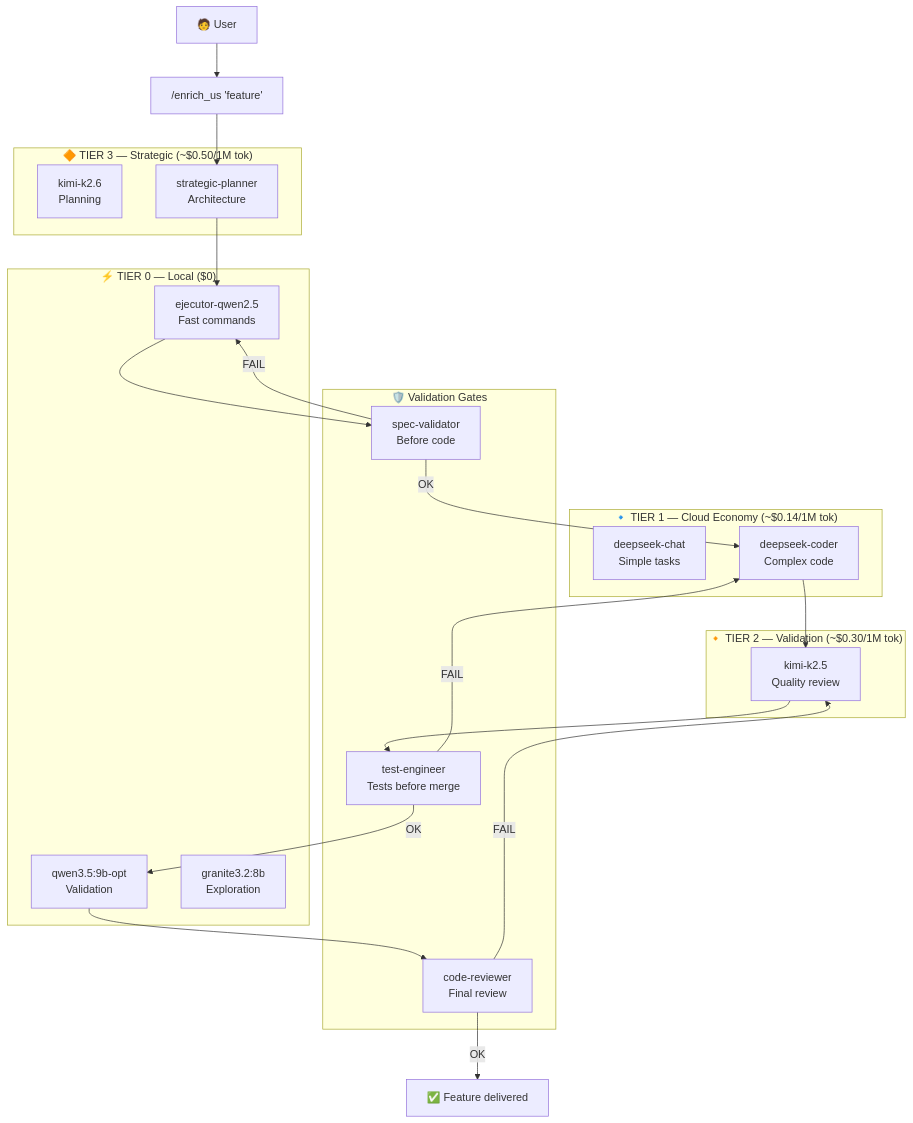
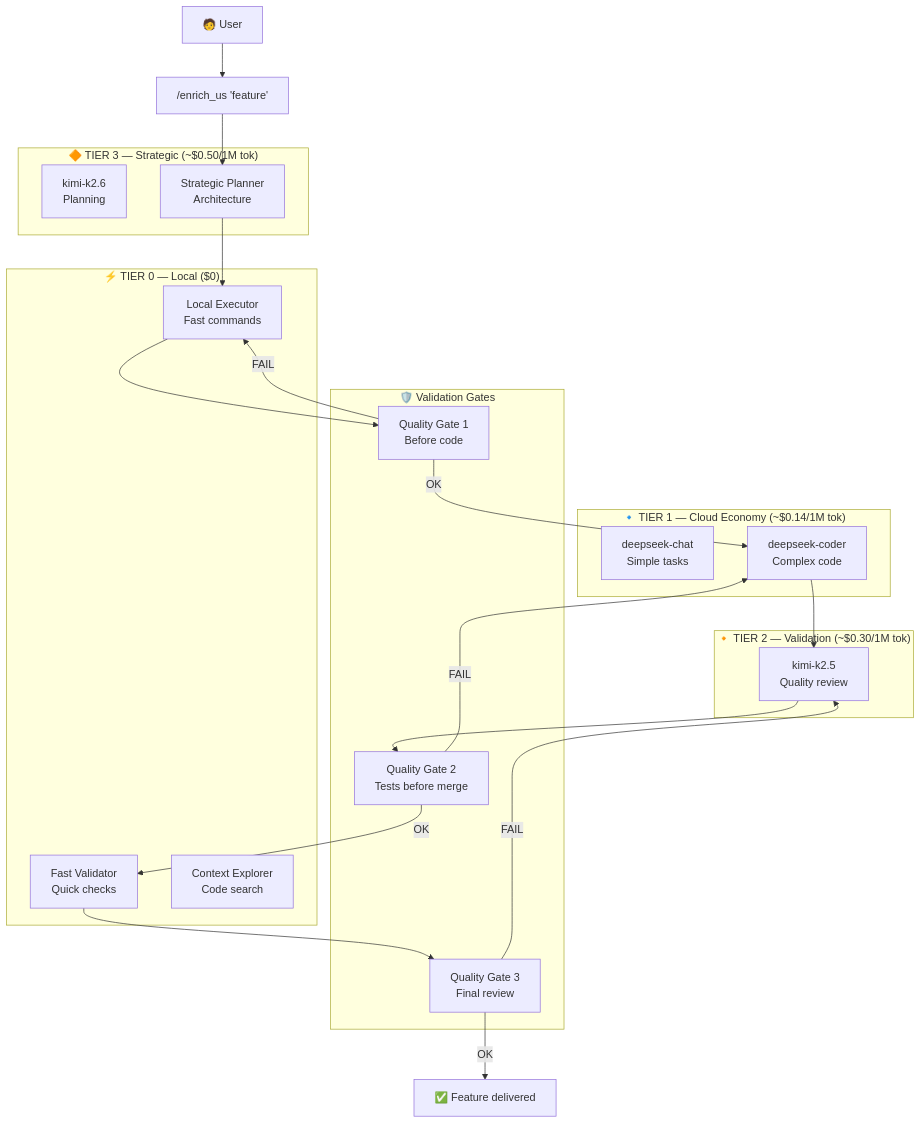
One commit to Aquilesnake/COALA-SwarmOps changed the third of 6 diagrams in README.md. Above: the diagram before and after it, drawn with Mermaid. The commit also changed other lines of this file and 6 other files, not shown here.

````diff
--- a/README.md
+++ b/README.md
@@ -156,42 +156,42 @@
 ```mermaid
 flowchart TB
     subgraph TIER0["⚡ TIER 0 — Local ($0)"]
-        T0A["ejecutor-qwen2.5<br/>Fast commands"]
-        T0B["qwen3.5:9b-opt<br/>Validation"]
-        T0C["granite3.2:8b<br/>Exploration"]
+        T0A["Local Executor<br/>Fast commands"]
+        T0B["Fast Validator<br/>Quick checks"]
+        T0C["Context Explorer<br/>Code search"]
     end
 
     subgraph TIER1["🔹 TIER 1 — Cloud Economy (~$0.14/1M tok)"]
         T1A["deepseek-chat<br/>Simple tasks"]
         T1B["deepseek-coder<br/>Complex code"]
     end
 
     subgraph TIER2["🔸 TIER 2 — Validation (~$0.30/1M tok)"]
         T2A["kimi-k2.5<br/>Quality review"]
     end
 
     subgraph TIER3["🔶 TIER 3 — Strategic (~$0.50/1M tok)"]
         T3A["kimi-k2.6<br/>Planning"]
-        T3B["strategic-planner<br/>Architecture"]
+        T3B["Strategic Planner<br/>Architecture"]
     end
 
     subgraph GATES["🛡️ Validation Gates"]
-        GATE1["spec-validator<br/>Before code"]
-        GATE2["test-engineer<br/>Tests before merge"]
-        GATE3["code-reviewer<br/>Final review"]
+        GATE1["Quality Gate 1<br/>Before code"]
+        GATE2["Quality Gate 2<br/>Tests before merge"]
+        GATE3["Quality Gate 3<br/>Final review"]
     end
 
     USER["🧑 User"] --> REQUEST["/enrich_us 'feature'"]
     REQUEST --> T3B
     T3B --> T0A
     T0A --> GATE1
     GATE1 -->|OK| T1B
     GATE1 -->|FAIL| T0A
     T1B --> T2A
     T2A --> GATE2
     GATE2 -->|OK| T0B
     GATE2 -->|FAIL| T1B
     T0B --> GATE3
     GATE3 -->|OK| OUTPUT["✅ Feature delivered"]
     GATE3 -->|FAIL| T2A
 ```
````
